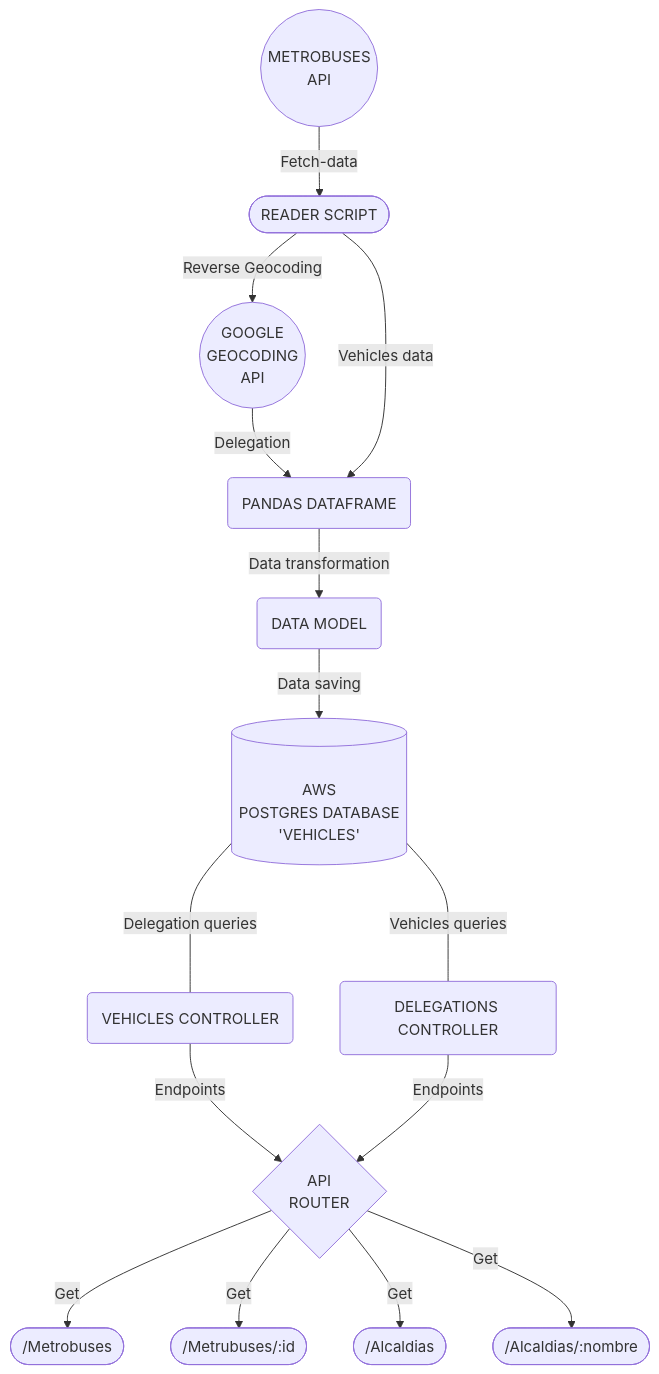
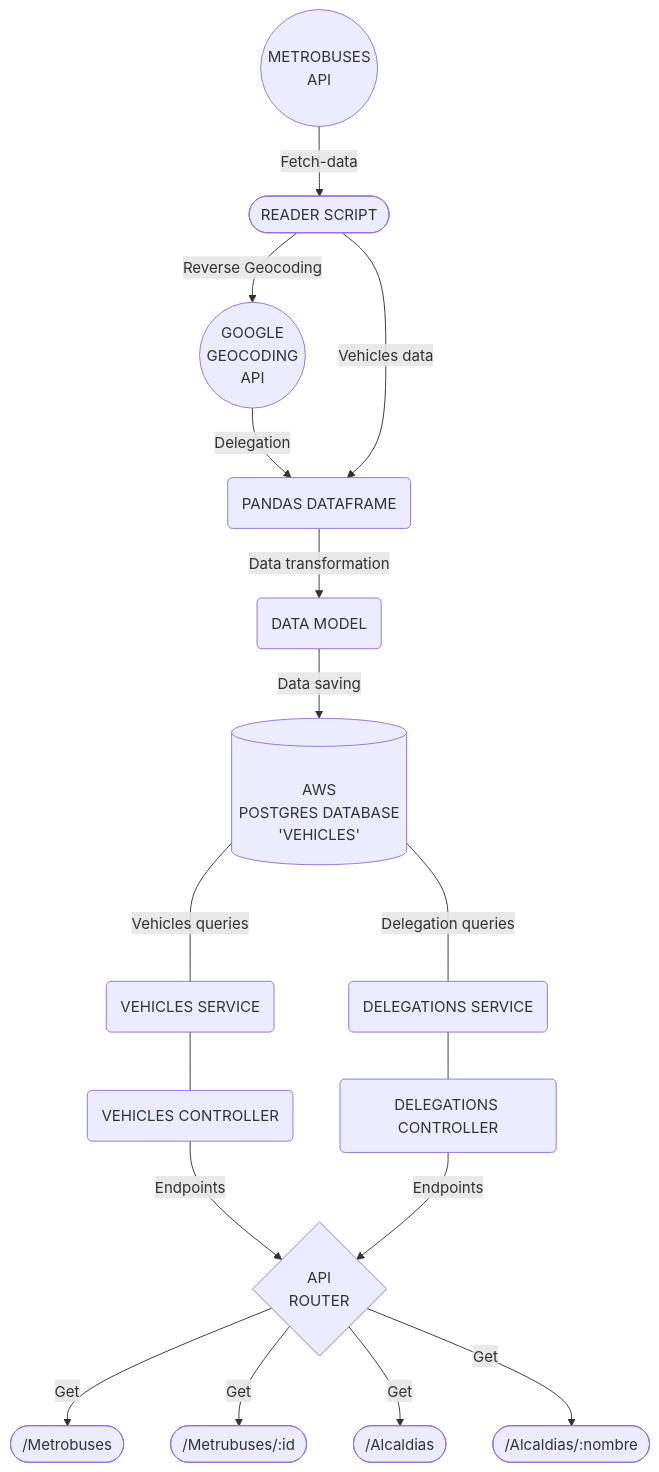
The diagram in README.md (FabianGarciaXY/data_pipeline_), drawn with Mermaid before and after one commit. The commit also changed other lines of this file and 1 other file, not shown here.

````diff
--- a/README.md
+++ b/README.md
@@ -81,32 +82,35 @@
 ```mermaid
 graph TD
     %% Metrobuses a Reader
     A1(("METROBUSES <br> API"))--"Fetch-data"-->B1(["READER SCRIPT"])
     %% Geocoder a Reader
     A2(("GOOGLE <br> GEOCODING <br> API"))--Delegation-->D1
     B1--"Reverse Geocoding"-->A2
     %% Reader a Geocoder
     %% Reader a Model
     B1--"Vehicles data"-->D1("PANDAS DATAFRAME")
 
 
     D1--"Data transformation"-->D2("DATA MODEL")
     
 
     %% Database
     D2--"Data saving"-->F1[(" <br> AWS <br> POSTGRES DATABASE <br> 'VEHICLES'")]
 
-        %% Controllers
-    F1--"Vehicles queries"----G1(DELEGATIONS CONTROLLER)
-    F1--"Delegation queries"----G2(VEHICLES CONTROLLER)
+    F1--"Vehicles queries"----S1(VEHICLES SERVICE)
+    F1--"Delegation queries"----S2(DELEGATIONS SERVICE)
 
-    G2 --"Endpoints"-->I1
-    G1 --"Endpoints"--> I1{API <br> ROUTER}
+    %% Controllers
+    S1---G1(VEHICLES CONTROLLER)
+    S2---G2(DELEGATIONS CONTROLLER)
+
+    G1 --"Endpoints"-->I1
+    G2 --"Endpoints"--> I1{API <br> ROUTER}
 
     %% Endpoints
     I1 --> |Get|-E1([/Metrobuses])
     I1 --> |Get|-E2([/Metrubuses/:id])
     I1 --> |Get|-E3([/Alcaldias])
     I1 --> |Get|-E4(["/Alcaldias/:nombre"])
 
 ```
````
